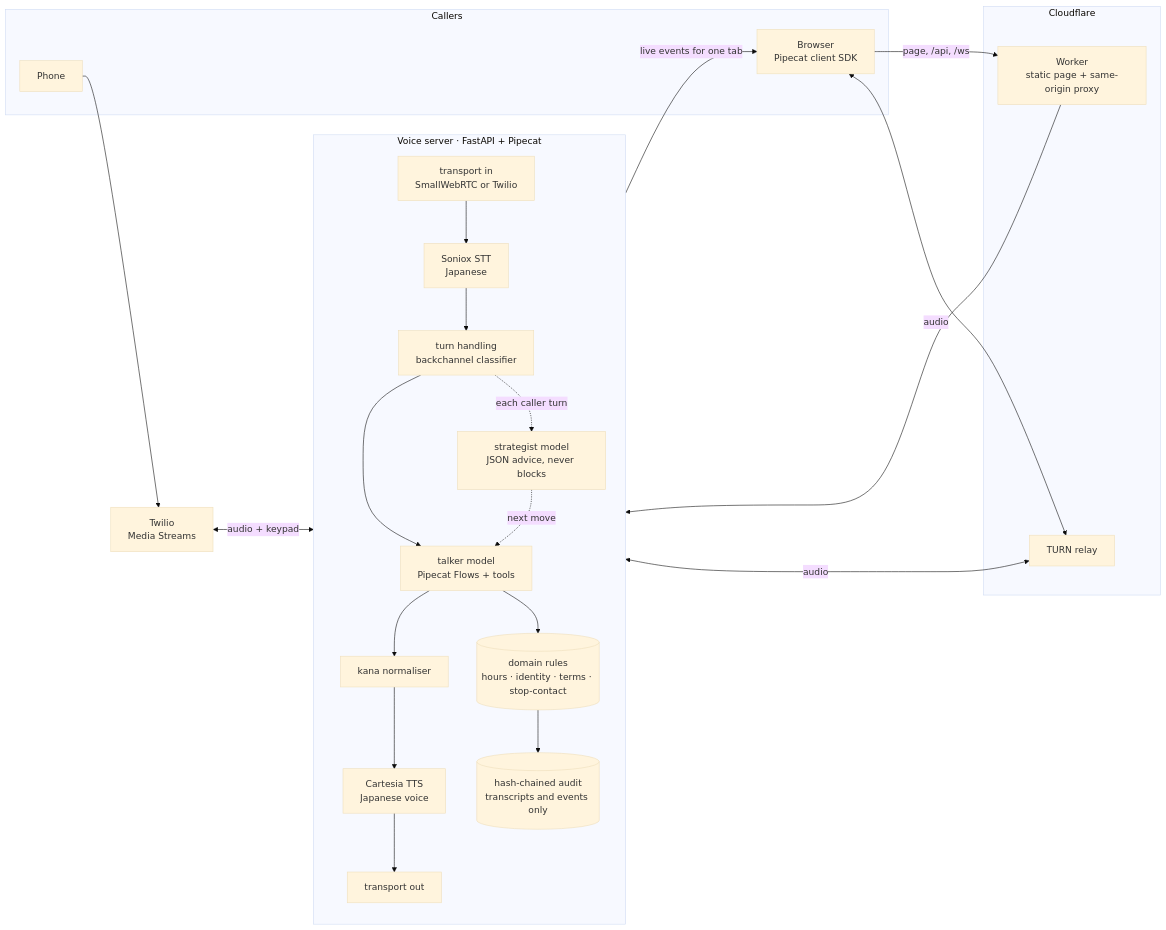
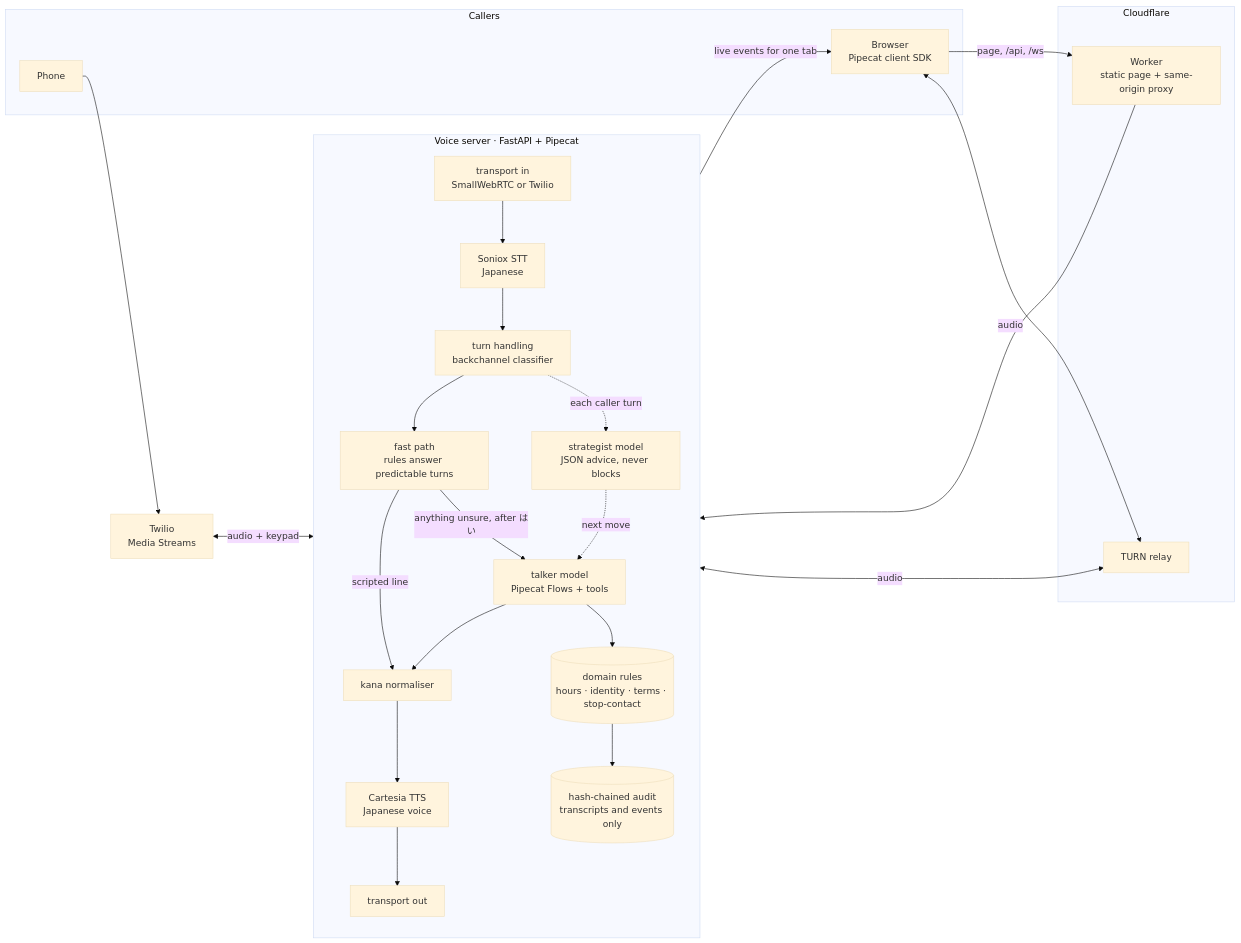
One commit to rushabhT3/call-kenji changed the diagram in README.md. Above: the diagram before and after it, drawn with Mermaid (base theme). The commit also changed other lines of this file and 2 other files, not shown here.

````diff
--- a/README.md
+++ b/README.md
@@ -40,29 +42,31 @@
 ```mermaid
 flowchart LR
     subgraph Callers
         B[Browser<br/>Pipecat client SDK]
         P[Phone]
     end
     subgraph Edge[Cloudflare]
         W[Worker<br/>static page + same-origin proxy]
         T[TURN relay]
     end
     TW[Twilio<br/>Media Streams]
     subgraph Server[Voice server · FastAPI + Pipecat]
         direction TB
         IN[transport in<br/>SmallWebRTC or Twilio] --> STT[Soniox STT<br/>Japanese]
         STT --> TURN[turn handling<br/>backchannel classifier]
-        TURN --> TALK[talker model<br/>Pipecat Flows + tools]
+        TURN --> FAST[fast path<br/>rules answer predictable turns]
+        FAST -- anything unsure, after はい --> TALK[talker model<br/>Pipecat Flows + tools]
+        FAST -- scripted line --> KANA
         TALK --> KANA[kana normaliser]
         KANA --> TTS[Cartesia TTS<br/>Japanese voice]
         TTS --> OUT[transport out]
         TURN -. each caller turn .-> STRAT[strategist model<br/>JSON advice, never blocks]
         STRAT -. next move .-> TALK
         TALK --> DOMAIN[(domain rules<br/>hours · identity · terms · stop-contact)]
         DOMAIN --> AUDIT[(hash-chained audit<br/>transcripts and events only)]
     end
     B -- page, /api, /ws --> W --> Server
     B <-- audio --> T <-- audio --> Server
     P --> TW <-- audio + keypad --> Server
     Server -- live events for one tab --> B
 ```
````
